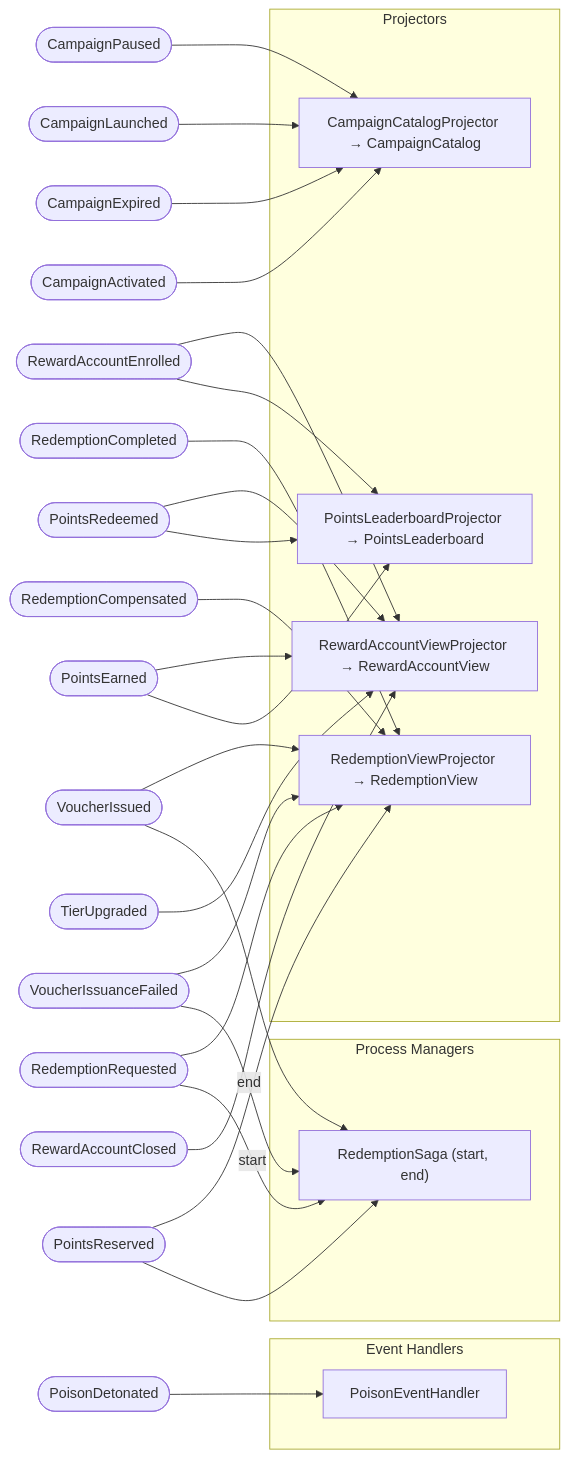
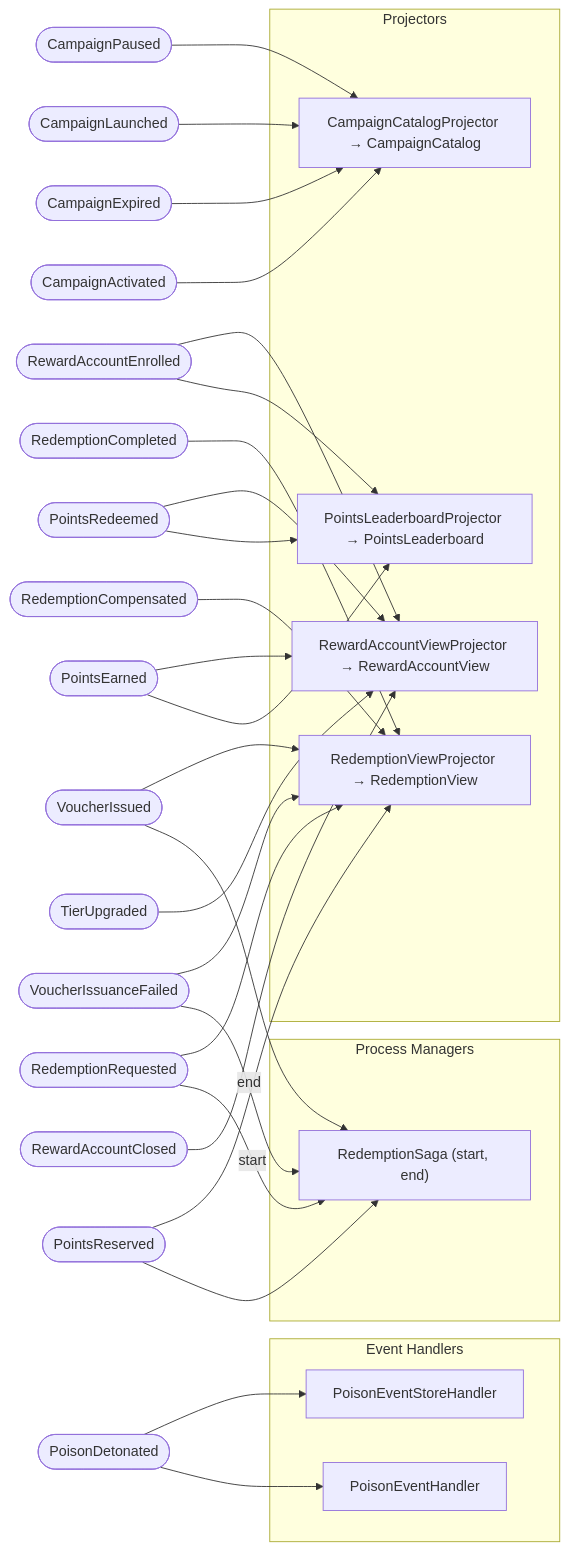
One commit to proteanhq/shopstream changed the sixth of 6 diagrams in docs/loyalty/event-flows.md. Above: the diagram before and after it, drawn with Mermaid. The commit also changed 17 other files, not shown here.

First line of the commit message:
Exercise the event-store DLQ on a loyalty event-store subscription

````diff
--- a/docs/loyalty/event-flows.md
+++ b/docs/loyalty/event-flows.md
@@ -120,54 +120,56 @@
 ```mermaid
 flowchart LR
     evt_loyalty_campaign_events_CampaignActivated([CampaignActivated])
     evt_loyalty_campaign_events_CampaignExpired([CampaignExpired])
     evt_loyalty_campaign_events_CampaignLaunched([CampaignLaunched])
     evt_loyalty_campaign_events_CampaignPaused([CampaignPaused])
     evt_loyalty_dlq_poison_PoisonDetonated([PoisonDetonated])
     evt_loyalty_redemption_events_PointsReserved([PointsReserved])
     evt_loyalty_redemption_events_RedemptionCompensated([RedemptionCompensated])
     evt_loyalty_redemption_events_RedemptionCompleted([RedemptionCompleted])
     evt_loyalty_redemption_events_RedemptionRequested([RedemptionRequested])
     evt_loyalty_redemption_events_VoucherIssuanceFailed([VoucherIssuanceFailed])
     evt_loyalty_redemption_events_VoucherIssued([VoucherIssued])
     evt_loyalty_reward_events_PointsEarned([PointsEarned])
     evt_loyalty_reward_events_PointsRedeemed([PointsRedeemed])
     evt_loyalty_reward_events_RewardAccountClosed([RewardAccountClosed])
     evt_loyalty_reward_events_RewardAccountEnrolled([RewardAccountEnrolled])
     evt_loyalty_reward_events_TierUpgraded([TierUpgraded])
     subgraph event_handlers["Event Handlers"]
         eh_loyalty_dlq_poison_PoisonEventHandler[PoisonEventHandler]
+        eh_loyalty_dlq_poison_PoisonEventStoreHandler[PoisonEventStoreHandler]
     end
     subgraph process_managers["Process Managers"]
         pm_loyalty_redemption_saga_RedemptionSaga["RedemptionSaga (start, end)"]
     end
     subgraph projectors["Projectors"]
         proj_loyalty_projections_campaign_catalog_CampaignCatalogProjector[CampaignCatalogProjector → CampaignCatalog]
         proj_loyalty_projections_points_leaderboard_PointsLeaderboardProjector[PointsLeaderboardProjector → PointsLeaderboard]
         proj_loyalty_projections_redemption_view_RedemptionViewProjector[RedemptionViewProjector → RedemptionView]
         proj_loyalty_projections_reward_account_view_RewardAccountViewProjector[RewardAccountViewProjector → RewardAccountView]
     end
     evt_loyalty_dlq_poison_PoisonDetonated --> eh_loyalty_dlq_poison_PoisonEventHandler
+    evt_loyalty_dlq_poison_PoisonDetonated --> eh_loyalty_dlq_poison_PoisonEventStoreHandler
     evt_loyalty_redemption_events_PointsReserved --> pm_loyalty_redemption_saga_RedemptionSaga
     evt_loyalty_redemption_events_RedemptionRequested -->|start| pm_loyalty_redemption_saga_RedemptionSaga
     evt_loyalty_redemption_events_VoucherIssuanceFailed -->|end| pm_loyalty_redemption_saga_RedemptionSaga
     evt_loyalty_redemption_events_VoucherIssued --> pm_loyalty_redemption_saga_RedemptionSaga
     evt_loyalty_campaign_events_CampaignActivated --> proj_loyalty_projections_campaign_catalog_CampaignCatalogProjector
     evt_loyalty_campaign_events_CampaignExpired --> proj_loyalty_projections_campaign_catalog_CampaignCatalogProjector
     evt_loyalty_campaign_events_CampaignLaunched --> proj_loyalty_projections_campaign_catalog_CampaignCatalogProjector
     evt_loyalty_campaign_events_CampaignPaused --> proj_loyalty_projections_campaign_catalog_CampaignCatalogProjector
     evt_loyalty_reward_events_PointsEarned --> proj_loyalty_projections_points_leaderboard_PointsLeaderboardProjector
     evt_loyalty_reward_events_PointsRedeemed --> proj_loyalty_projections_points_leaderboard_PointsLeaderboardProjector
     evt_loyalty_reward_events_RewardAccountEnrolled --> proj_loyalty_projections_points_leaderboard_PointsLeaderboardProjector
     evt_loyalty_redemption_events_PointsReserved --> proj_loyalty_projections_redemption_view_RedemptionViewProjector
     evt_loyalty_redemption_events_RedemptionCompensated --> proj_loyalty_projections_redemption_view_RedemptionViewProjector
     evt_loyalty_redemption_events_RedemptionCompleted --> proj_loyalty_projections_redemption_view_RedemptionViewProjector
     evt_loyalty_redemption_events_RedemptionRequested --> proj_loyalty_projections_redemption_view_RedemptionViewProjector
     evt_loyalty_redemption_events_VoucherIssuanceFailed --> proj_loyalty_projections_redemption_view_RedemptionViewProjector
     evt_loyalty_redemption_events_VoucherIssued --> proj_loyalty_projections_redemption_view_RedemptionViewProjector
     evt_loyalty_reward_events_PointsEarned --> proj_loyalty_projections_reward_account_view_RewardAccountViewProjector
     evt_loyalty_reward_events_PointsRedeemed --> proj_loyalty_projections_reward_account_view_RewardAccountViewProjector
     evt_loyalty_reward_events_RewardAccountClosed --> proj_loyalty_projections_reward_account_view_RewardAccountViewProjector
     evt_loyalty_reward_events_RewardAccountEnrolled --> proj_loyalty_projections_reward_account_view_RewardAccountViewProjector
     evt_loyalty_reward_events_TierUpgraded --> proj_loyalty_projections_reward_account_view_RewardAccountViewProjector
 ```
````
